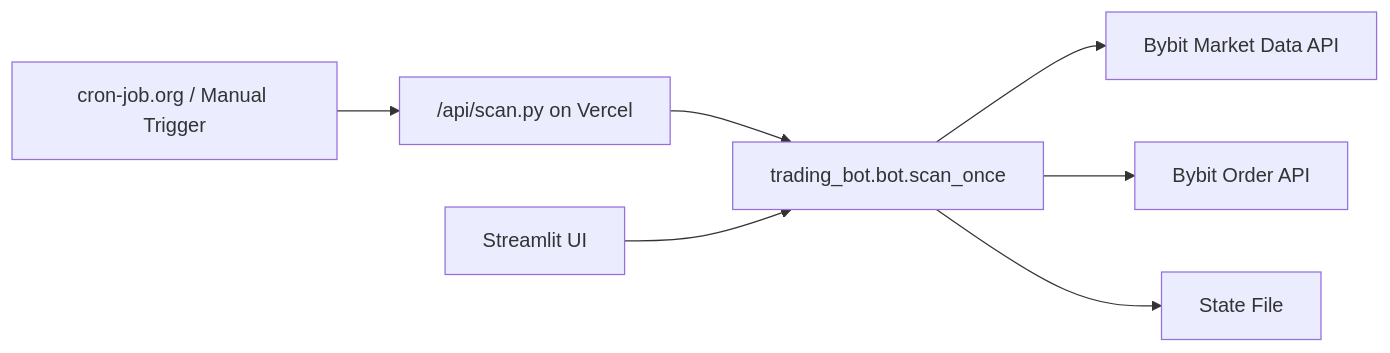
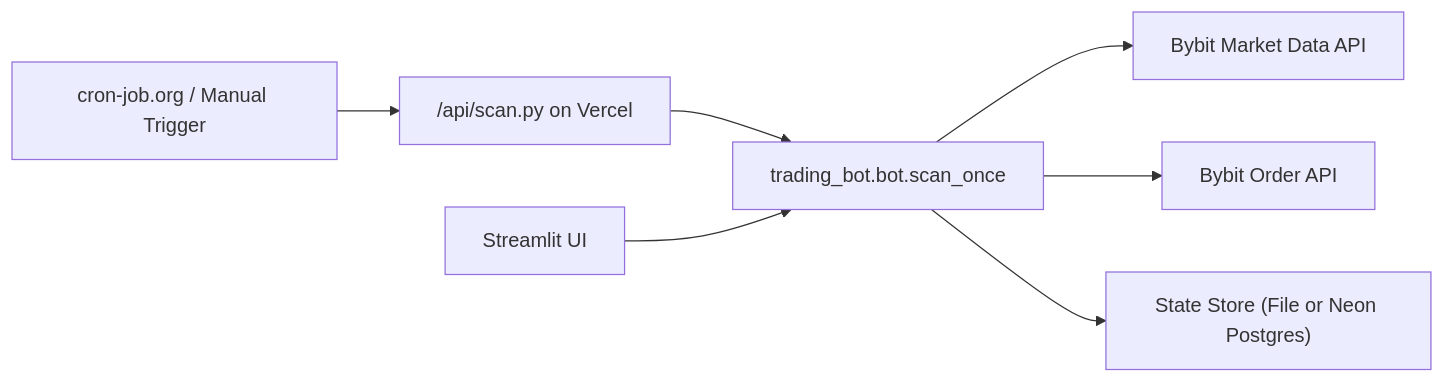
The diagram in README.md (0x94t3z/bobyt), drawn with Mermaid before and after one commit. The commit also changed other lines of this file and 6 other files, not shown here.

Commit message:
feat(state): add Neon Postgres backend for persistent bot state

````diff
--- a/README.md
+++ b/README.md
@@ -13,9 +13,9 @@
 ```mermaid
 flowchart LR
   A["cron-job.org / Manual Trigger"] --> B["/api/scan.py on Vercel"]
   B --> C["trading_bot.bot.scan_once"]
   C --> D["Bybit Market Data API"]
   C --> E["Bybit Order API"]
-  C --> F["State File"]
+  C --> F["State Store (File or Neon Postgres)"]
   G["Streamlit UI"] --> C
 ```
````
